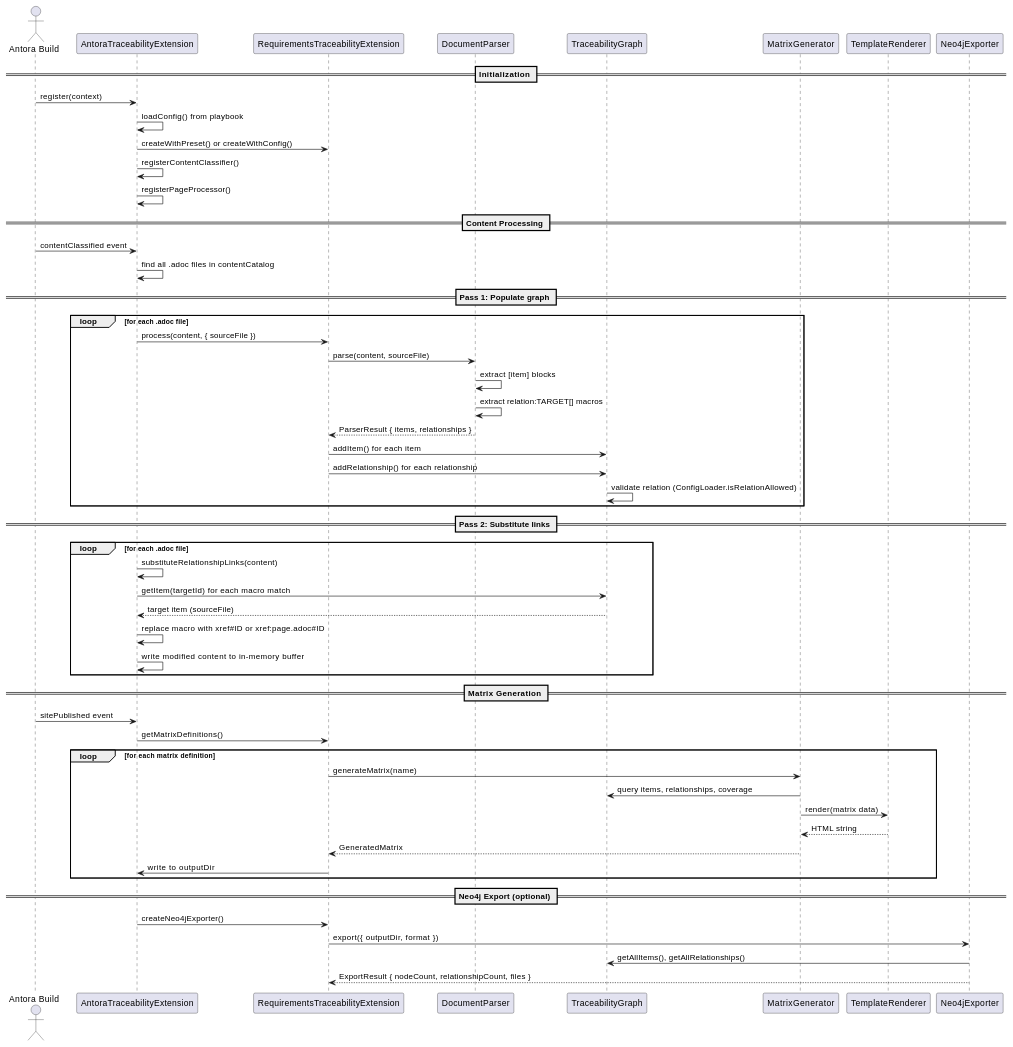
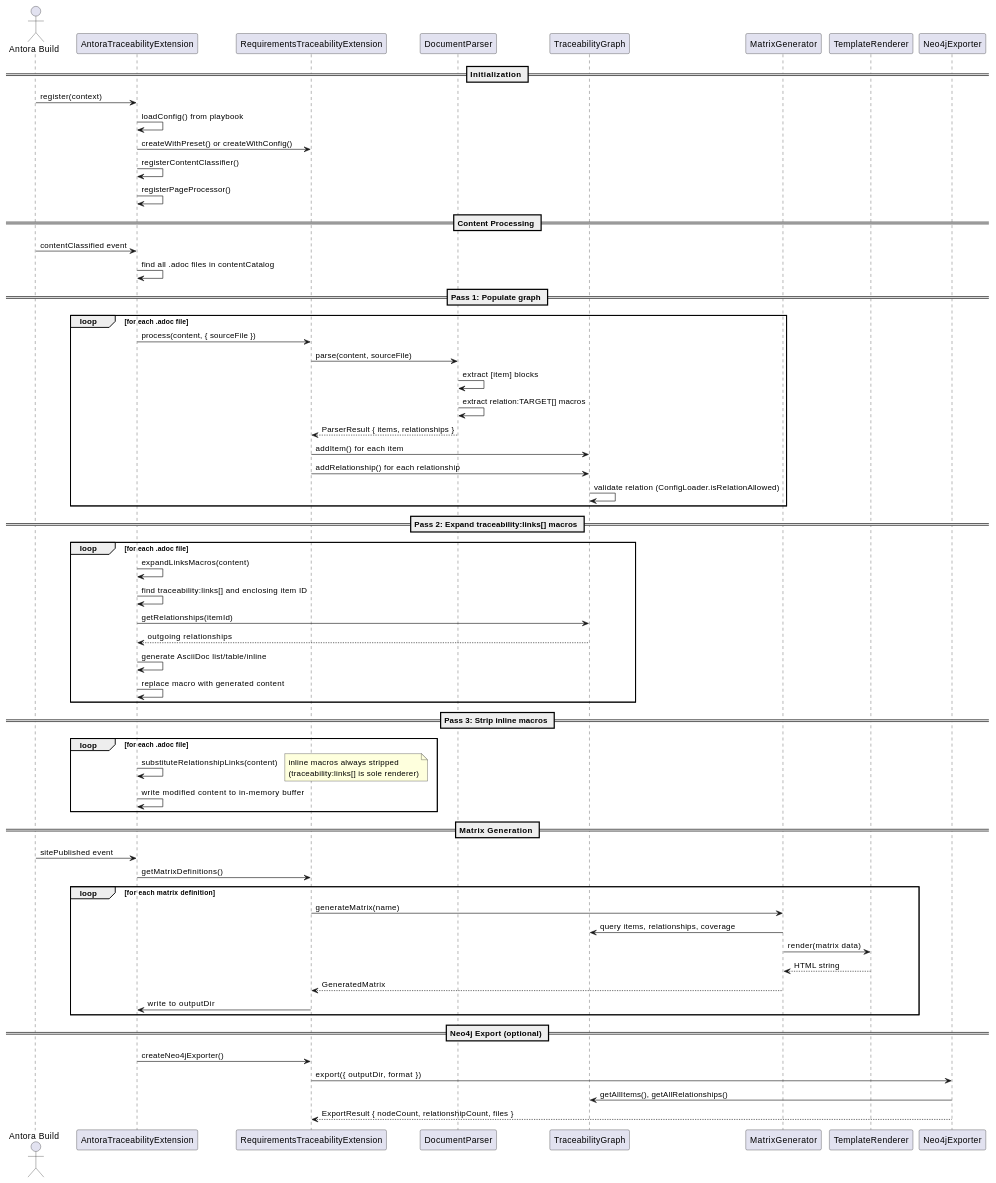
The second of 2 diagrams in examples/modules/ROOT/pages/architecture.adoc (rattermeyer/antora-tracer), drawn with PlantUML before and after one commit. The commit also changed other lines of this file and 13 other files, not shown here.

First line of the commit message:
Update example site: traceability:links[] macro and new REQs

```diff
--- a/examples/modules/ROOT/pages/architecture.adoc
+++ b/examples/modules/ROOT/pages/architecture.adoc
@@ -142,63 +142,71 @@
 [plantuml, format=svg]
 ....
 @startuml
 actor "Antora Build" as antora
 participant "AntoraTraceabilityExtension" as antora_ext
 participant "RequirementsTraceabilityExtension" as main_ext
 participant "DocumentParser" as parser
 participant "TraceabilityGraph" as graph
 participant "MatrixGenerator" as matrix
 participant "TemplateRenderer" as templates
 participant "Neo4jExporter" as neo4j
 
 == Initialization ==
 antora -> antora_ext : register(context)
 antora_ext -> antora_ext : loadConfig() from playbook
 antora_ext -> main_ext : createWithPreset() or createWithConfig()
 antora_ext -> antora_ext : registerContentClassifier()
 antora_ext -> antora_ext : registerPageProcessor()
 
 == Content Processing ==
 antora -> antora_ext : contentClassified event
 antora_ext -> antora_ext : find all .adoc files in contentCatalog
 
 == Pass 1: Populate graph ==
 loop for each .adoc file
   antora_ext -> main_ext : process(content, { sourceFile })
   main_ext -> parser : parse(content, sourceFile)
   parser -> parser : extract [item] blocks
   parser -> parser : extract relation:TARGET[] macros
   parser --> main_ext : ParserResult { items, relationships }
   main_ext -> graph : addItem() for each item
   main_ext -> graph : addRelationship() for each relationship
   graph -> graph : validate relation (ConfigLoader.isRelationAllowed)
 end
 
-== Pass 2: Substitute links ==
+== Pass 2: Expand traceability:links[] macros ==
+loop for each .adoc file
+  antora_ext -> antora_ext : expandLinksMacros(content)
+  antora_ext -> antora_ext : find traceability:links[] and enclosing item ID
+  antora_ext -> graph : getRelationships(itemId)
+  graph --> antora_ext : outgoing relationships
+  antora_ext -> antora_ext : generate AsciiDoc list/table/inline
+  antora_ext -> antora_ext : replace macro with generated content
+end
+
+== Pass 3: Strip inline macros ==
 loop for each .adoc file
   antora_ext -> antora_ext : substituteRelationshipLinks(content)
-  antora_ext -> graph : getItem(targetId) for each macro match
-  graph --> antora_ext : target item (sourceFile)
-  antora_ext -> antora_ext : replace macro with xref#ID or xref:page.adoc#ID
+  note right: inline macros always stripped\n(traceability:links[] is sole renderer)
   antora_ext -> antora_ext : write modified content to in-memory buffer
 end
 
 == Matrix Generation ==
 antora -> antora_ext : sitePublished event
 antora_ext -> main_ext : getMatrixDefinitions()
 loop for each matrix definition
   main_ext -> matrix : generateMatrix(name)
   matrix -> graph : query items, relationships, coverage
   matrix -> templates : render(matrix data)
   templates --> matrix : HTML string
   matrix --> main_ext : GeneratedMatrix
   main_ext -> antora_ext : write to outputDir
 end
 
 == Neo4j Export (optional) ==
 antora_ext -> main_ext : createNeo4jExporter()
 main_ext -> neo4j : export({ outputDir, format })
 neo4j -> graph : getAllItems(), getAllRelationships()
 neo4j --> main_ext : ExportResult { nodeCount, relationshipCount, files }
 @enduml
 ....
```
